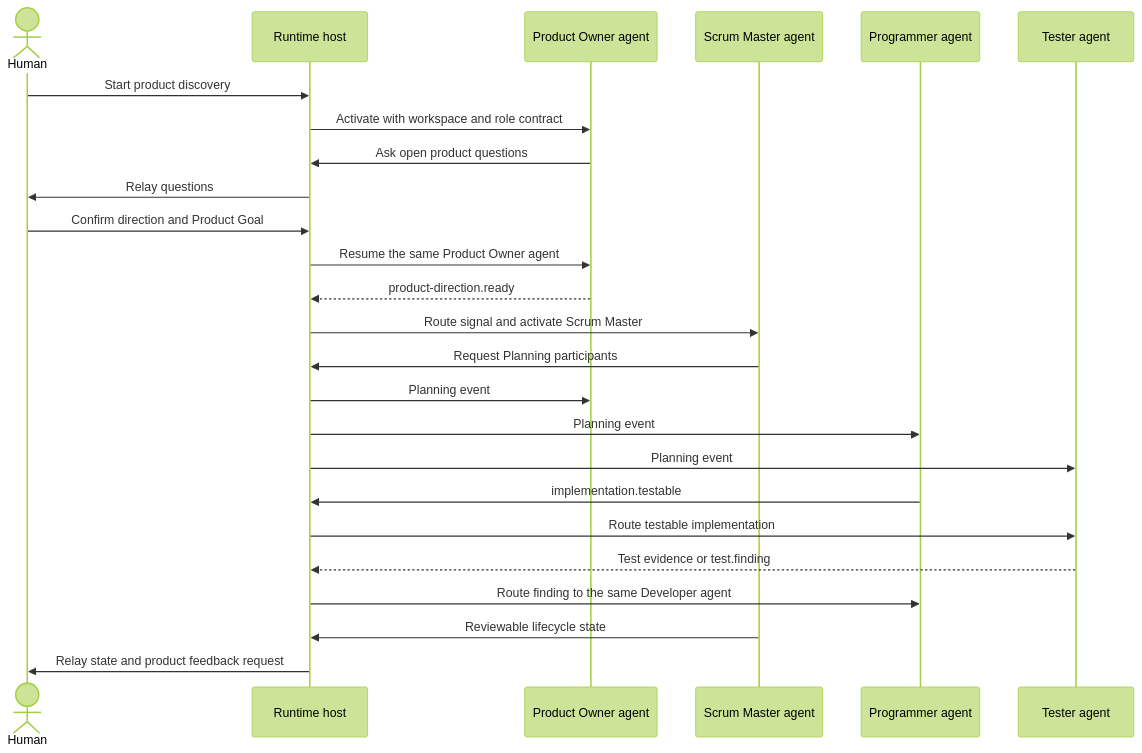
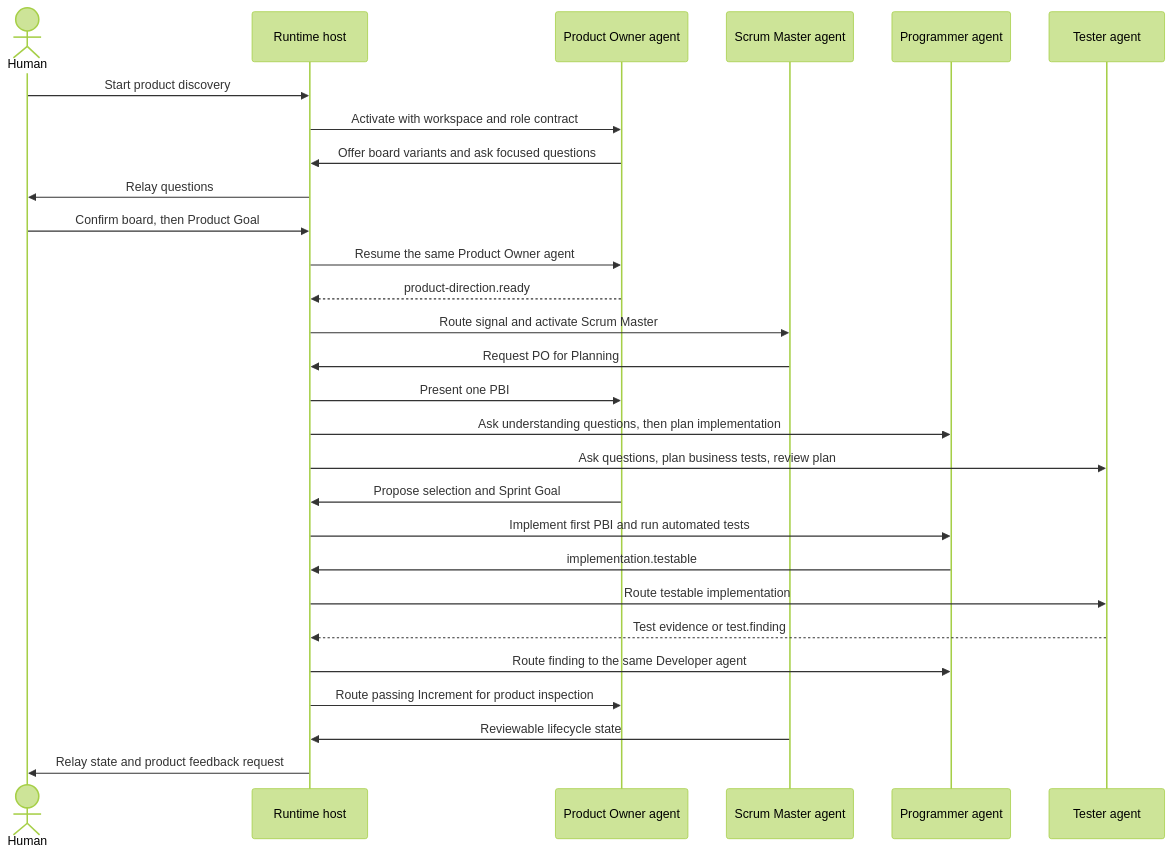
One commit to se-keller/agile-agentic-framework changed the diagram in docs/framework-guide.md. Above: the diagram before and after it, drawn with Mermaid (forest theme). The commit also changed other lines of this file and 33 other files, not shown here.

Commit message:
feat: refine product direction and sprint flow

````diff
--- a/docs/framework-guide.md
+++ b/docs/framework-guide.md
@@ -44,28 +44,31 @@
 ```mermaid
 sequenceDiagram
     actor Human
     participant Host as Runtime host
     participant PO as Product Owner agent
     participant SM as Scrum Master agent
     participant P as Programmer agent
     participant T as Tester agent
 
     Human->>Host: Start product discovery
     Host->>PO: Activate with workspace and role contract
-    PO->>Host: Ask open product questions
+    PO->>Host: Offer board variants and ask focused questions
     Host->>Human: Relay questions
-    Human->>Host: Confirm direction and Product Goal
+    Human->>Host: Confirm board, then Product Goal
     Host->>PO: Resume the same Product Owner agent
     PO-->>Host: product-direction.ready
     Host->>SM: Route signal and activate Scrum Master
-    SM->>Host: Request Planning participants
-    Host->>PO: Planning event
-    Host->>P: Planning event
-    Host->>T: Planning event
+    SM->>Host: Request PO for Planning
+    Host->>PO: Present one PBI
+    Host->>P: Ask understanding questions, then plan implementation
+    Host->>T: Ask questions, plan business tests, review plan
+    PO->>Host: Propose selection and Sprint Goal
+    Host->>P: Implement first PBI and run automated tests
     P->>Host: implementation.testable
     Host->>T: Route testable implementation
     T-->>Host: Test evidence or test.finding
     Host->>P: Route finding to the same Developer agent
+    Host->>PO: Route passing Increment for product inspection
     SM->>Host: Reviewable lifecycle state
     Host->>Human: Relay state and product feedback request
 ```
````
